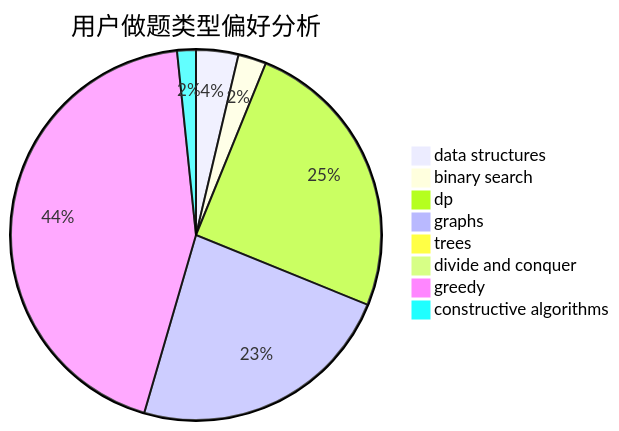
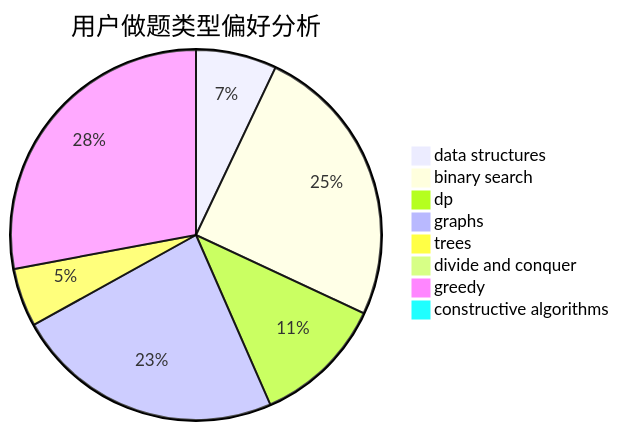
Before and after one commit to sherpahu/cfrs.github.io: the second of 3 diagrams in docs/user/u772.md, drawn with Mermaid. The commit also changed other lines of this file and 2770 other files, not shown here.

````diff
--- a/docs/user/u772.md
+++ b/docs/user/u772.md
@@ -23,11 +23,11 @@
 ```mermaid
 pie title 用户做题类型偏好分析
-    "data structures" :  9
-    "binary search" :  6
-    "dp" :  61
-    "graphs" :  57
-    "trees" :  0
-    "divide and conquer" :  0
-    "greedy" :  107
-    "constructive algorithms" :  4
+    "data structures" :  51
+    "binary search" :  180
+    "dp" :  83
+    "graphs" :  170
+    "trees" :  37
+    "divide and conquer" :  1
+    "greedy" :  202
+    "constructive algorithms" :  0
 ```
````
